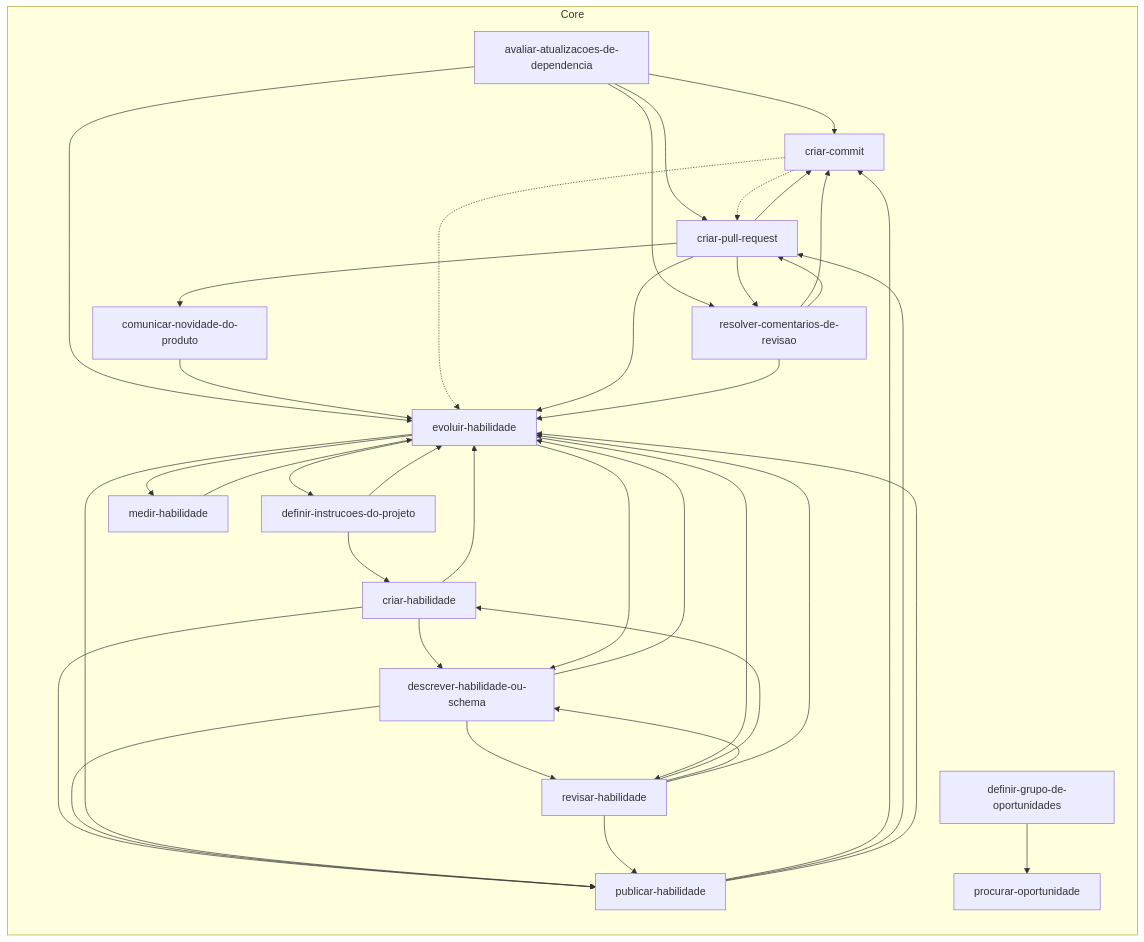
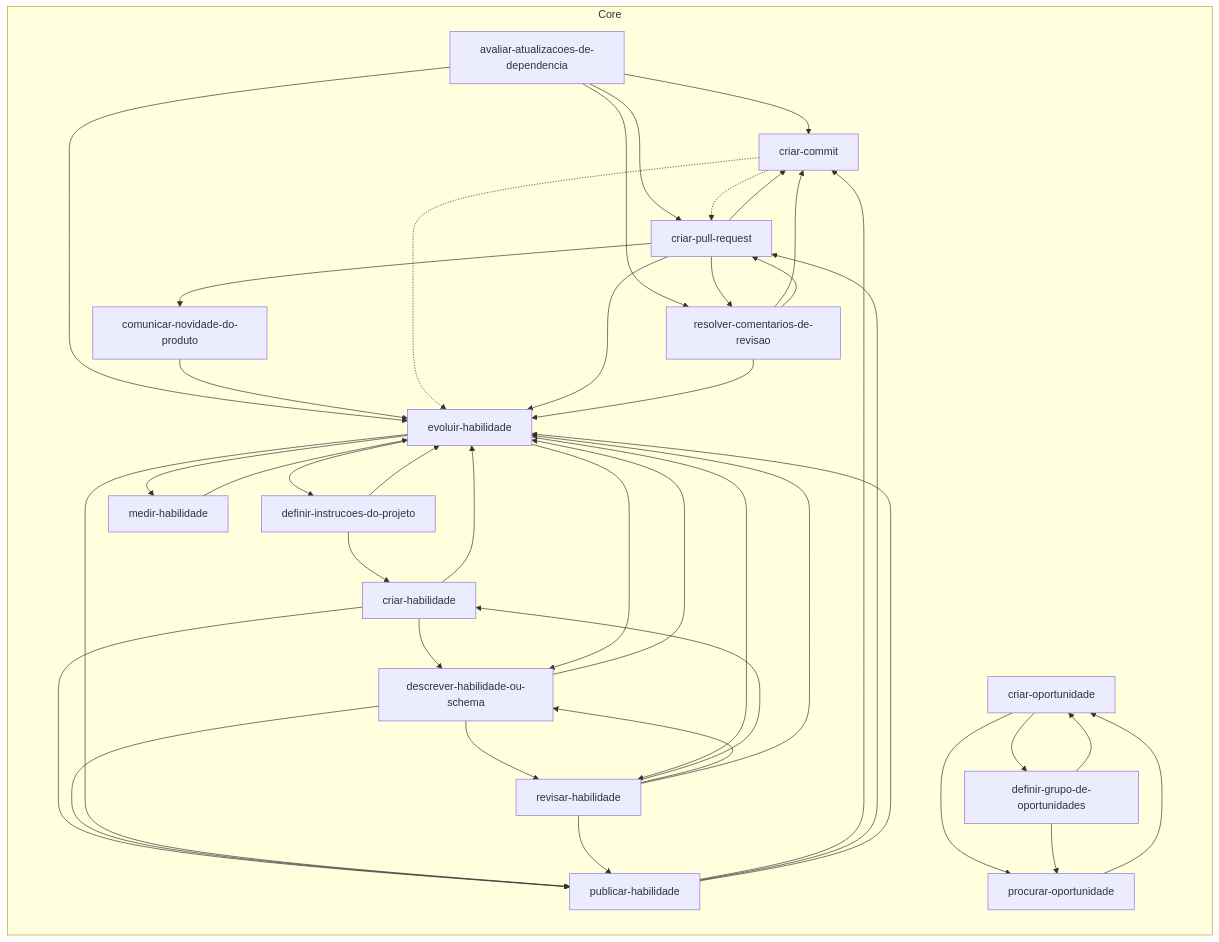
One commit to jimmyandrade/harness changed the diagram in .agents/skills/README.md. Above: the diagram before and after it, drawn with Mermaid. The commit also changed 7 other files, not shown here.

First line of the commit message:
feat(criar-oportunidade)!: move the skill to the core

````diff
--- a/.agents/skills/README.md
+++ b/.agents/skills/README.md
@@ -11,55 +11,60 @@
 ```mermaid
 flowchart LR
   subgraph core["Core"]
     avaliar_atualizacoes_de_dependencia["avaliar-atualizacoes-de-dependencia"]
     comunicar_novidade_do_produto["comunicar-novidade-do-produto"]
     criar_commit["criar-commit"]
     criar_habilidade["criar-habilidade"]
+    criar_oportunidade["criar-oportunidade"]
     criar_pull_request["criar-pull-request"]
     definir_grupo_de_oportunidades["definir-grupo-de-oportunidades"]
     definir_instrucoes_do_projeto["definir-instrucoes-do-projeto"]
     descrever_habilidade_ou_schema["descrever-habilidade-ou-schema"]
     evoluir_habilidade["evoluir-habilidade"]
     medir_habilidade["medir-habilidade"]
     procurar_oportunidade["procurar-oportunidade"]
     publicar_habilidade["publicar-habilidade"]
     resolver_comentarios_de_revisao["resolver-comentarios-de-revisao"]
     revisar_habilidade["revisar-habilidade"]
   end
   avaliar_atualizacoes_de_dependencia --> criar_commit
   avaliar_atualizacoes_de_dependencia --> criar_pull_request
   avaliar_atualizacoes_de_dependencia --> evoluir_habilidade
   avaliar_atualizacoes_de_dependencia --> resolver_comentarios_de_revisao
   comunicar_novidade_do_produto --> evoluir_habilidade
   criar_commit -.-> criar_pull_request
   criar_commit -.-> evoluir_habilidade
   criar_habilidade --> descrever_habilidade_ou_schema
   criar_habilidade --> evoluir_habilidade
   criar_habilidade --> publicar_habilidade
+  criar_oportunidade --> definir_grupo_de_oportunidades
+  criar_oportunidade --> procurar_oportunidade
   criar_pull_request --> comunicar_novidade_do_produto
   criar_pull_request --> criar_commit
   criar_pull_request --> evoluir_habilidade
   criar_pull_request --> resolver_comentarios_de_revisao
+  definir_grupo_de_oportunidades --> criar_oportunidade
   definir_grupo_de_oportunidades --> procurar_oportunidade
   definir_instrucoes_do_projeto --> criar_habilidade
   definir_instrucoes_do_projeto --> evoluir_habilidade
   descrever_habilidade_ou_schema --> evoluir_habilidade
   descrever_habilidade_ou_schema --> publicar_habilidade
   descrever_habilidade_ou_schema --> revisar_habilidade
   evoluir_habilidade --> definir_instrucoes_do_projeto
   evoluir_habilidade --> descrever_habilidade_ou_schema
   evoluir_habilidade --> medir_habilidade
   evoluir_habilidade --> publicar_habilidade
   evoluir_habilidade --> revisar_habilidade
   medir_habilidade --> evoluir_habilidade
+  procurar_oportunidade --> criar_oportunidade
   publicar_habilidade --> criar_commit
   publicar_habilidade --> criar_pull_request
   publicar_habilidade --> evoluir_habilidade
   resolver_comentarios_de_revisao --> criar_commit
   resolver_comentarios_de_revisao --> criar_pull_request
   resolver_comentarios_de_revisao --> evoluir_habilidade
   revisar_habilidade --> criar_habilidade
   revisar_habilidade --> descrever_habilidade_ou_schema
   revisar_habilidade --> evoluir_habilidade
   revisar_habilidade --> publicar_habilidade
 ```
````
